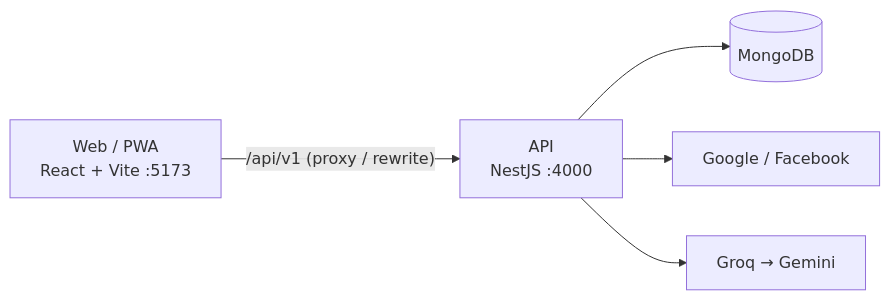
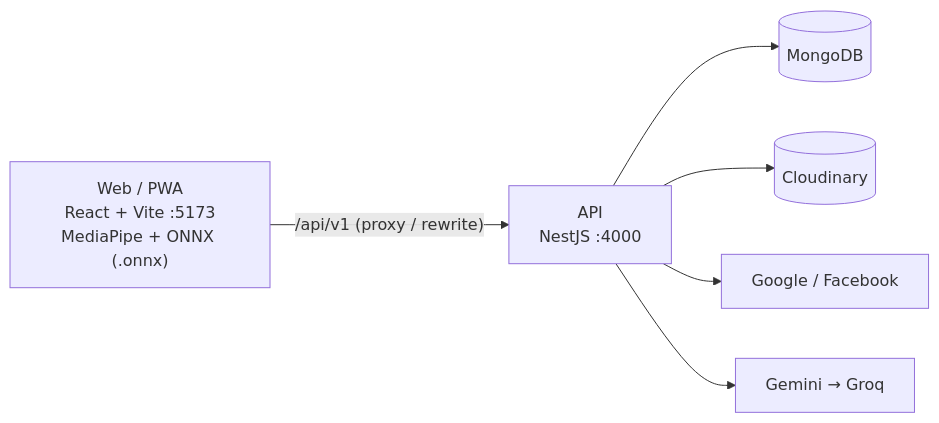
Before and after one commit to DucDMinh/PalmSight: the diagram in README.md, drawn with Mermaid. The commit also changed other lines of this file and 16 other files, not shown here.

````diff
--- a/README.md
+++ b/README.md
@@ -35,7 +34,8 @@
 ```mermaid
 flowchart LR
-    web["Web / PWA<br/>React + Vite :5173"] -->|"/api/v1 (proxy / rewrite)"| api["API<br/>NestJS :4000"]
+    web["Web / PWA<br/>React + Vite :5173<br/>MediaPipe + ONNX (.onnx)"] -->|"/api/v1 (proxy / rewrite)"| api["API<br/>NestJS :4000"]
     api --> mongo[(MongoDB)]
+    api --> cloud[(Cloudinary)]
     api --> oauth["Google / Facebook"]
-    api --> ai["Groq → Gemini"]
+    api --> ai["Gemini → Groq"]
 ```
````
